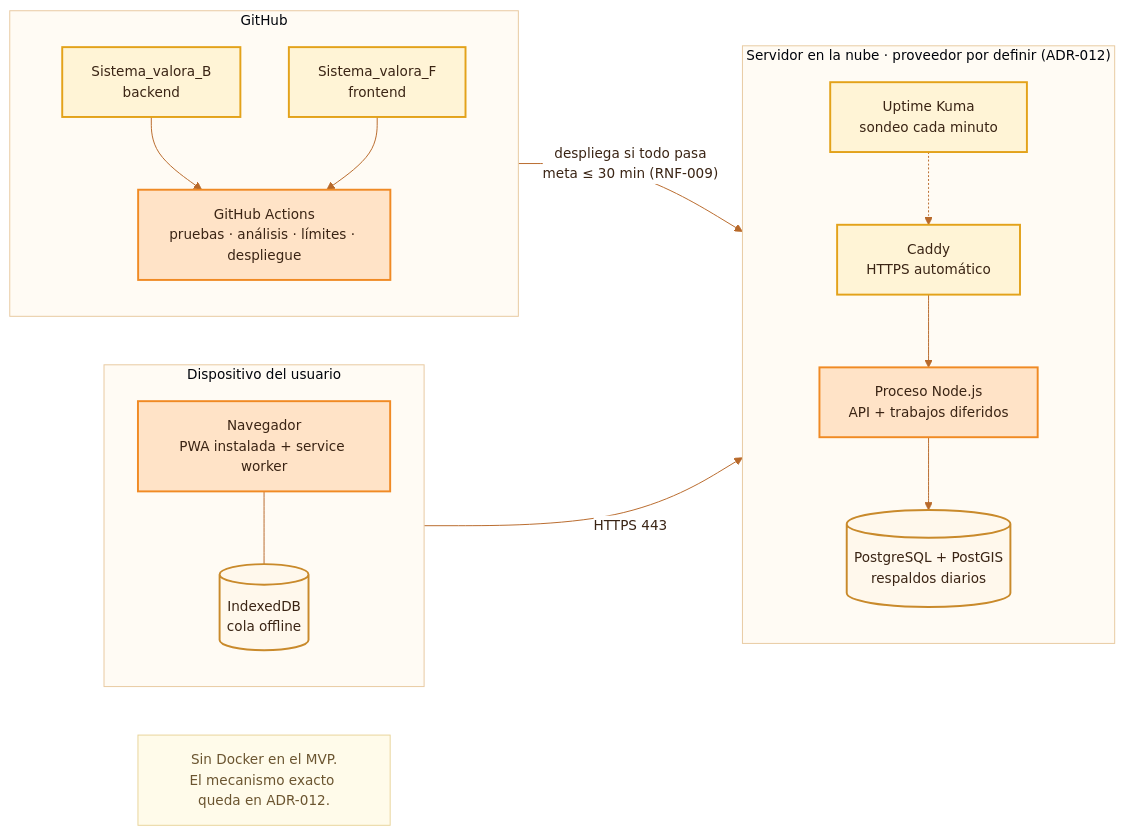
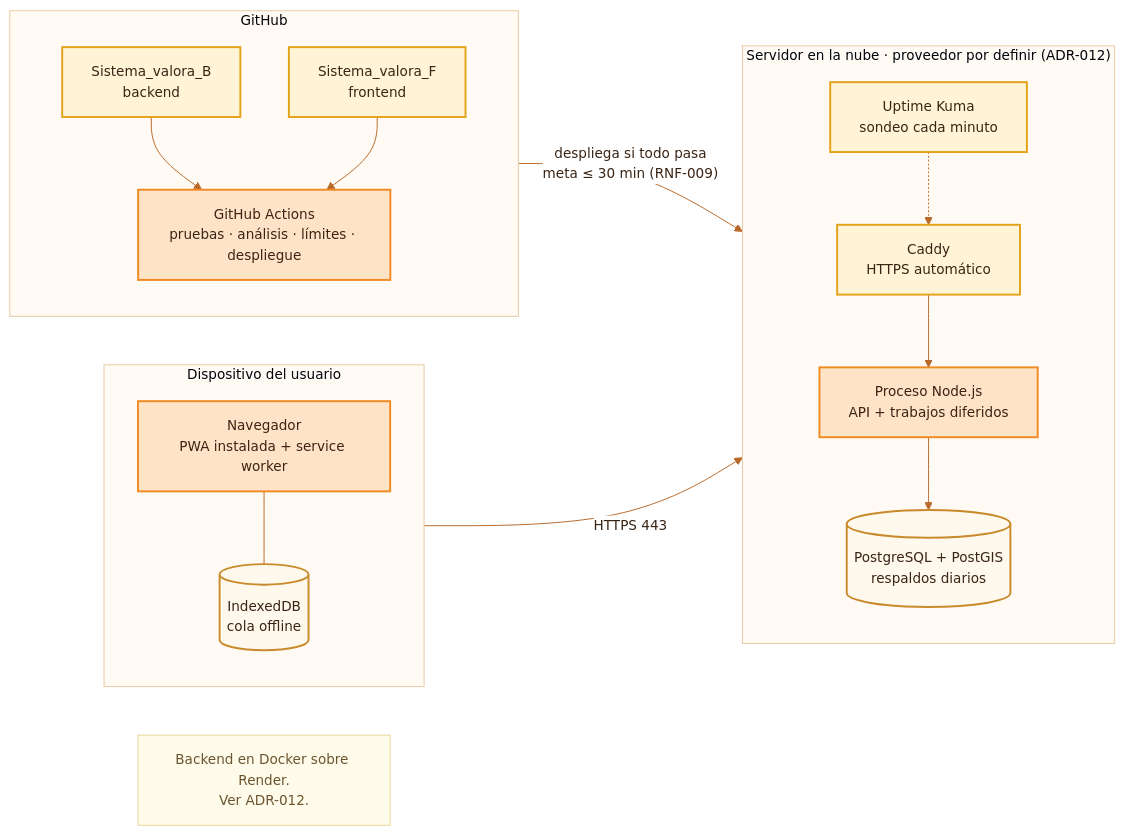
One commit to JuanJo0775/Sistema_valora_B changed the diagram in docs/diagramas/12-despliegue.mmd. Above: the diagram before and after it, drawn with Mermaid. The commit also changed 11 other files, not shown here.

```diff
--- a/docs/diagramas/12-despliegue.mmd
+++ b/docs/diagramas/12-despliegue.mmd
@@ -1,38 +1,38 @@
 %%{init: {"theme":"base","themeVariables":{"fontFamily":"DejaVu Sans, Verdana, Arial, sans-serif","fontSize":"14px","primaryColor":"#FFF1DF","primaryBorderColor":"#F08A24","primaryTextColor":"#3A2414","secondaryColor":"#FFF7D6","tertiaryColor":"#FFFBF4","lineColor":"#B8692A","textColor":"#3A2414","clusterBkg":"#FFFBF4","clusterBorder":"#E8C9A0","edgeLabelBackground":"#FFFFFF","actorBkg":"#FFE3C7","actorBorder":"#F08A24","actorTextColor":"#3A2414","actorLineColor":"#E8B98A","signalColor":"#8A4B14","signalTextColor":"#3A2414","labelBoxBkgColor":"#FFE3C7","labelBoxBorderColor":"#F08A24","labelTextColor":"#3A2414","loopTextColor":"#8A4B14","noteBkgColor":"#FFF7D6","noteBorderColor":"#E3A21A","noteTextColor":"#3A2414","activationBkgColor":"#FFD7A8","activationBorderColor":"#F08A24","sequenceNumberColor":"#FFFFFF"}}}%%
 flowchart LR
   subgraph DEV["Dispositivo del usuario"]
     direction TB
     BR["Navegador<br/>PWA instalada + service worker"]:::nucleo
     IDB[("IndexedDB<br/>cola offline")]:::datos
     BR --- IDB
   end
   subgraph CLOUD["Servidor en la nube · proveedor por definir (ADR-012)"]
     direction TB
     CAD["Caddy<br/>HTTPS automático"]:::soporte
     NODE["Proceso Node.js<br/>API + trabajos diferidos"]:::nucleo
     PG[("PostgreSQL + PostGIS<br/>respaldos diarios")]:::datos
     UK["Uptime Kuma<br/>sondeo cada minuto"]:::soporte
     CAD --> NODE --> PG
     UK -.-> CAD
   end
   subgraph GH["GitHub"]
     direction TB
     RB["Sistema_valora_B<br/>backend"]:::soporte
     RF["Sistema_valora_F<br/>frontend"]:::soporte
     GA["GitHub Actions<br/>pruebas · análisis · límites · despliegue"]:::nucleo
     RB --> GA
     RF --> GA
   end
   BR -->|"HTTPS 443"| CAD
   GA -->|"despliega si todo pasa<br/>meta ≤ 30 min (RNF-009)"| NODE
-  N1["Sin Docker en el MVP.<br/>El mecanismo exacto queda en ADR-012."]:::nota
+  N1["Backend en Docker sobre Render.<br/>Ver ADR-012."]:::nota
 
 classDef persona fill:#FFD7A8,stroke:#C2570C,stroke-width:2px,color:#3A2414
 classDef sistema fill:#FD8A2E,stroke:#C2570C,stroke-width:2px,color:#2A1405
 classDef nucleo fill:#FFE3C7,stroke:#F08A24,stroke-width:2px,color:#3A2414
 classDef soporte fill:#FFF4D6,stroke:#E3A21A,stroke-width:2px,color:#3A2414
 classDef evol fill:#FFE6DC,stroke:#E06A3A,stroke-width:2px,stroke-dasharray:6 4,color:#3A2414
 classDef externo fill:#F4EFE8,stroke:#A39788,stroke-width:1.5px,stroke-dasharray:4 3,color:#4A3F35
 classDef datos fill:#FFF8EC,stroke:#C98A2B,stroke-width:2px,color:#3A2414
 classDef dominio fill:#FFFDF7,stroke:#8A4B14,stroke-width:2.5px,color:#3A2414
 classDef nota fill:#FFFBEA,stroke:#E8D49A,stroke-width:1px,color:#6B5530
```
